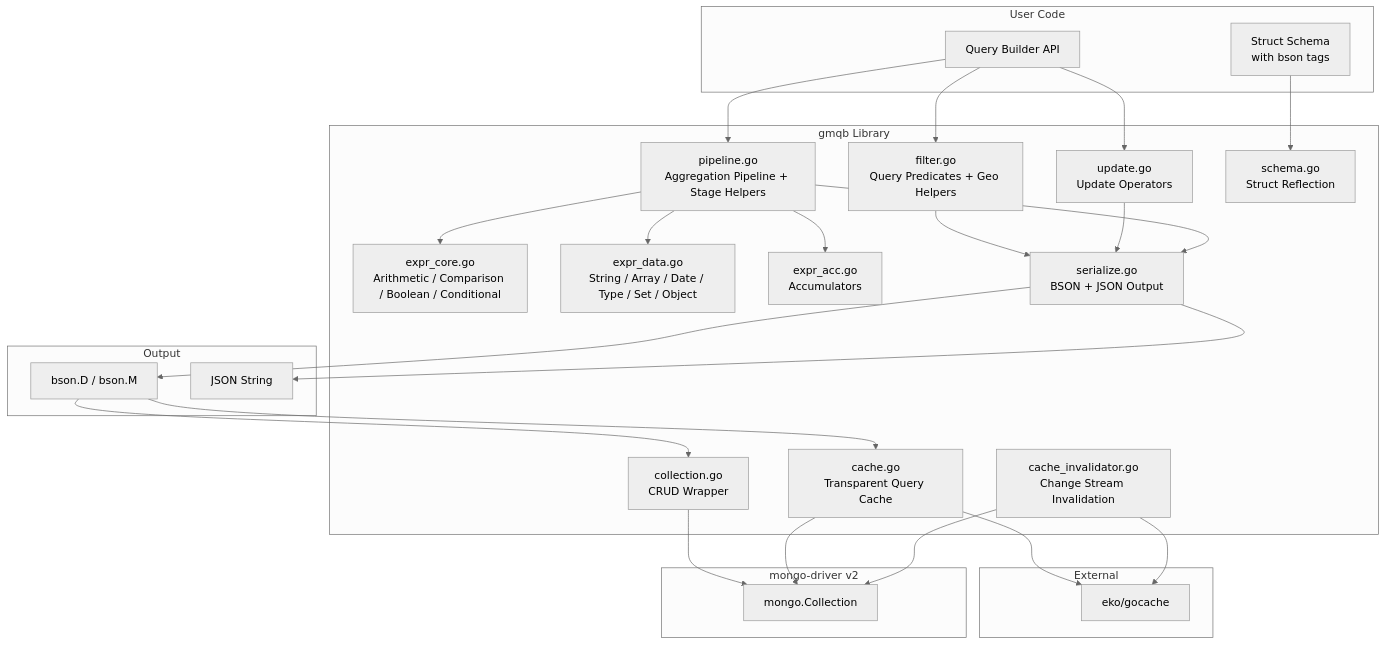
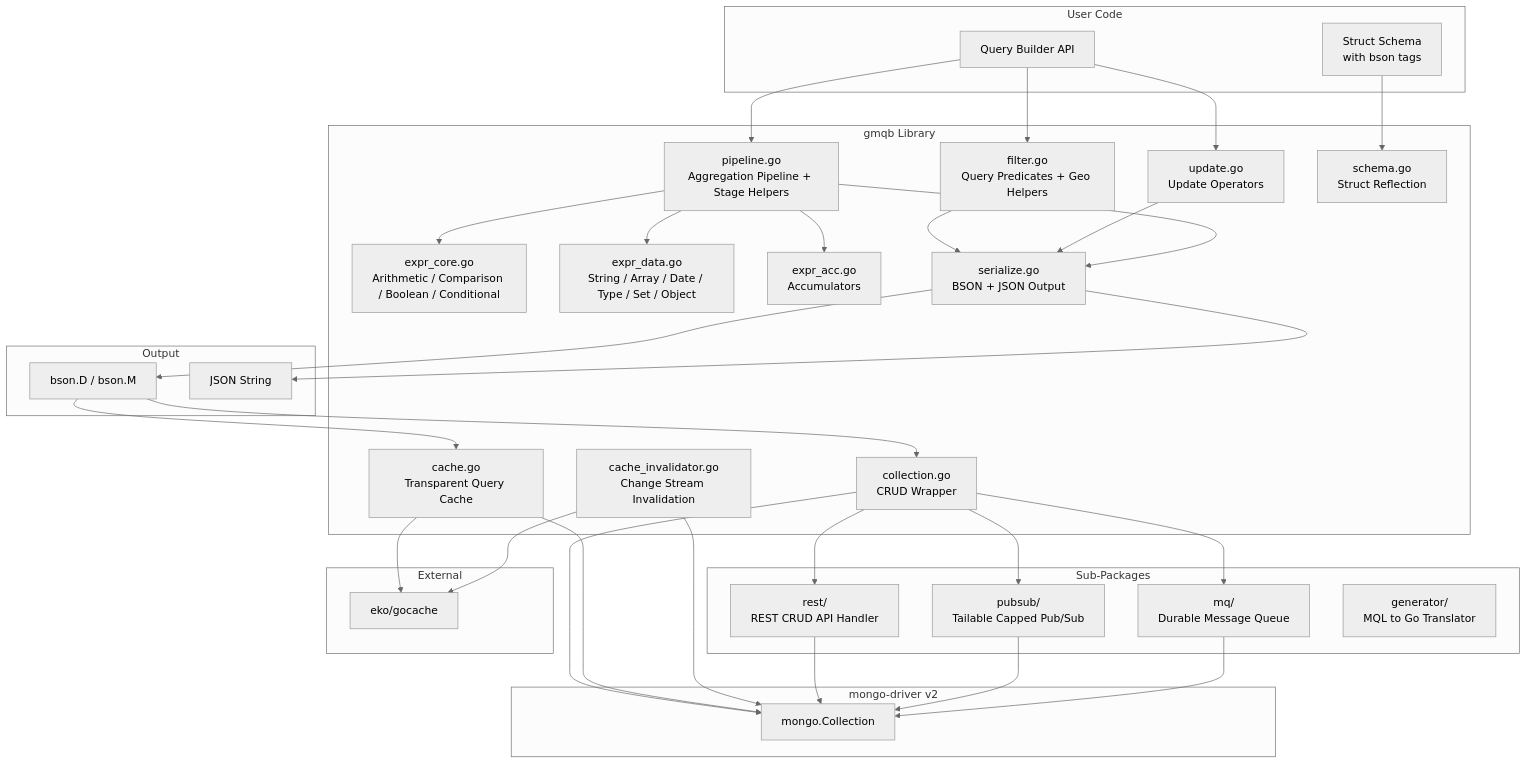
The diagram in DESIGN.md (squall-chua/gmqb), drawn with Mermaid (neutral theme) before and after one commit. The commit also changed other lines of this file and 23 other files, not shown here.

Commit message:
feat: add rest sub-package for automatic MongoDB CRUD API generation with filtering, pagination, and hooks

````diff
--- a/DESIGN.md
+++ b/DESIGN.md
@@ -5,39 +5,47 @@
 ```mermaid
 graph TB
     subgraph "User Code"
         S["Struct Schema<br/>with bson tags"]
         Q["Query Builder API"]
     end
     subgraph "gmqb Library"
         F["filter.go<br/>Query Predicates + Geo Helpers"]
         U["update.go<br/>Update Operators"]
         A["pipeline.go<br/>Aggregation Pipeline + Stage Helpers"]
         EC["expr_core.go<br/>Arithmetic / Comparison / Boolean / Conditional"]
         ED["expr_data.go<br/>String / Array / Date / Type / Set / Object"]
         EA["expr_acc.go<br/>Accumulators"]
         SC["schema.go<br/>Struct Reflection"]
         SE["serialize.go<br/>BSON + JSON Output"]
         C["collection.go<br/>CRUD Wrapper"]
         CH["cache.go<br/>Transparent Query Cache"]
         INV["cache_invalidator.go<br/>Change Stream Invalidation"]
+    end
+    subgraph "Sub-Packages"
+        REST["rest/<br/>REST CRUD API Handler"]
+        PS["pubsub/<br/>Tailable Capped Pub/Sub"]
+        MQ["mq/<br/>Durable Message Queue"]
+        GEN["generator/<br/>MQL to Go Translator"]
     end
     subgraph "External"
         GC["eko/gocache"]
     end
     subgraph "Output"
         B["bson.D / bson.M"]
         J["JSON String"]
     end
     subgraph "mongo-driver v2"
         MC["mongo.Collection"]
     end
     S --> SC
     Q --> F & U & A
     A --> EC & ED & EA
     F & U & A --> SE
     SE --> B & J
     C & CH --> MC
     CH --> GC
     B --> C & CH
     INV --> MC & GC
+    C --> REST & PS & MQ
+    REST & PS & MQ --> MC
 ```
````
